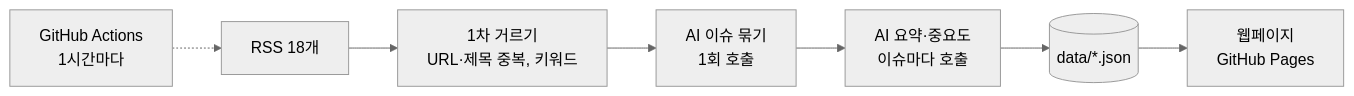
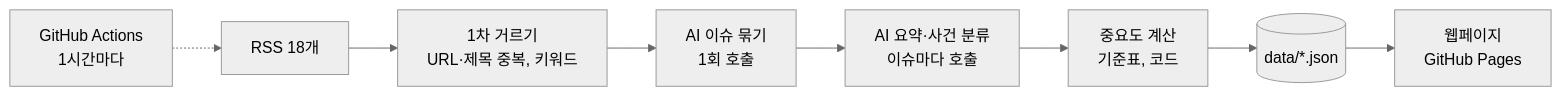
Before and after one commit to smyz1203/semicon-news-agent: the diagram in README.md, drawn with Mermaid (neutral theme). The commit also changed other lines of this file and 1 other file, not shown here.

First line of the commit message:
docs: 중요도 기준표 설명 추가

````diff
--- a/README.md
+++ b/README.md
@@ -24,9 +24,10 @@
 ```mermaid
 flowchart LR
     A[RSS 18개] --> B[1차 거르기<br/>URL·제목 중복, 키워드]
     B --> C[AI 이슈 묶기<br/>1회 호출]
-    C --> D[AI 요약·중요도<br/>이슈마다 호출]
-    D --> E[(data/*.json)]
+    C --> D[AI 요약·사건 분류<br/>이슈마다 호출]
+    D --> S[중요도 계산<br/>기준표, 코드]
+    S --> E[(data/*.json)]
     E --> F[웹페이지<br/>GitHub Pages]
     G[GitHub Actions<br/>1시간마다] -.-> A
 ```
````
